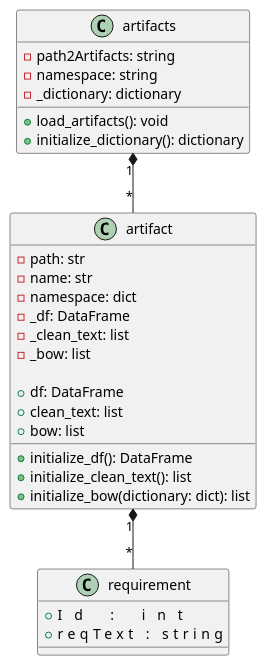
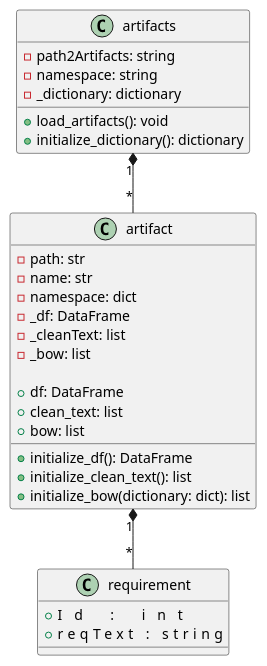
One commit to lfpneto/NLP2RE_Sandbox changed the diagram in Models/class.puml. Above: the diagram before and after it, drawn with PlantUML. The commit also changed 9 other files, not shown here.

```diff
--- a/Models/class.puml
+++ b/Models/class.puml
@@ -1,35 +1,35 @@
 @startuml class
 
 class artifacts {
     - path2Artifacts: string
     - namespace: string
     - _dictionary: dictionary
 
     + load_artifacts(): void
     + initialize_dictionary(): dictionary
 }
 
 class artifact {
     - path: str
     - name: str
     - namespace: dict
     - _df: DataFrame
-    - _clean_text: list
+    - _cleanText: list
     - _bow: list
     
     + initialize_df(): DataFrame
     + initialize_clean_text(): list
     + initialize_bow(dictionary: dict): list
     + df: DataFrame
     + clean_text: list
     + bow: list
 }
 
 class requirement {
     + Id                        : int
     + reqText                   : string
 }
 
 artifacts   "1" *-- "*" artifact
 artifact    "1" *-- "*" requirement
 @enduml
```
